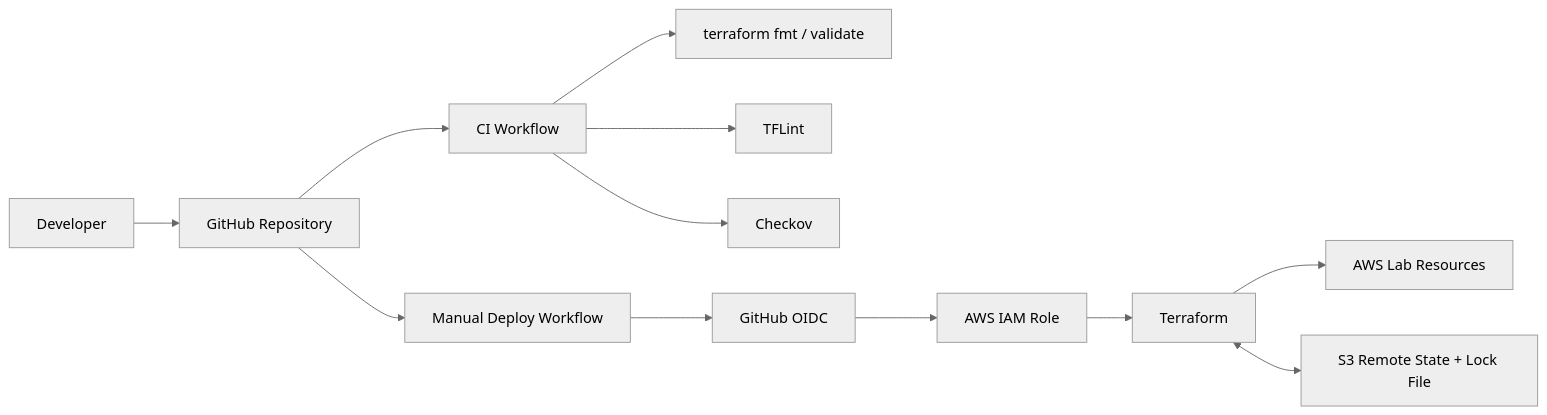
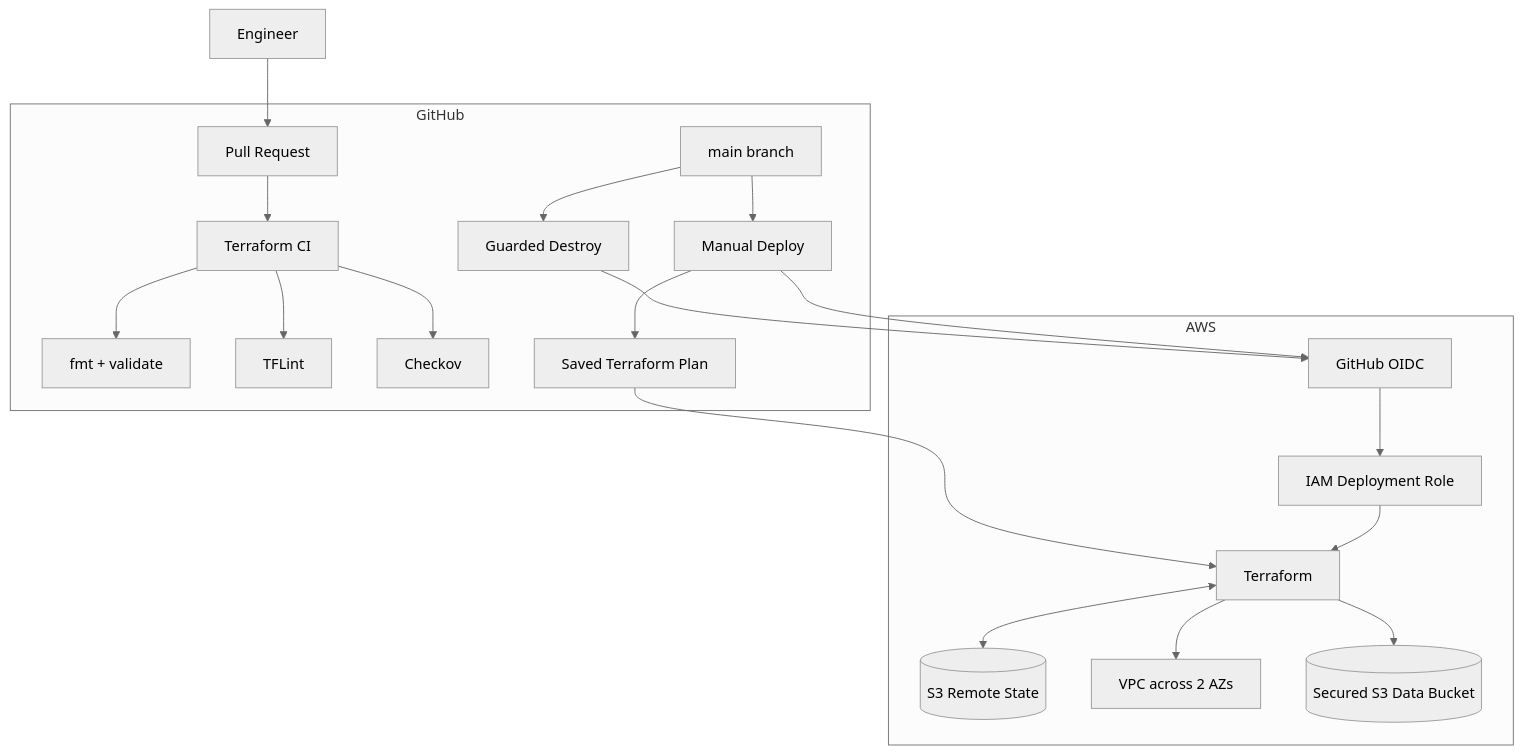
The diagram in README.md (reranda/terraform-aws-cicd-lab), drawn with Mermaid (neutral theme) before and after one commit. The commit also changed other lines of this file and 1 other file, not shown here.

Commit message:
Polish repository for public portfolio

````diff
--- a/README.md
+++ b/README.md
@@ -20,15 +29,28 @@
 ```mermaid
-flowchart LR
-    DEV[Developer] --> GH[GitHub Repository]
-    GH --> CI[CI Workflow]
-    CI --> FMT[terraform fmt / validate]
-    CI --> LINT[TFLint]
-    CI --> SEC[Checkov]
+flowchart TB
+    DEV[Engineer] --> PR[Pull Request]
 
-    GH --> DEPLOY[Manual Deploy Workflow]
+    subgraph GITHUB["GitHub"]
+        PR --> CI[Terraform CI]
+        CI --> FMT[fmt + validate]
+        CI --> LINT[TFLint]
+        CI --> SCAN[Checkov]
+
+        MAIN[main branch] --> DEPLOY[Manual Deploy]
+        MAIN --> DESTROY[Guarded Destroy]
+        DEPLOY --> PLAN[Saved Terraform Plan]
+    end
+
     DEPLOY --> OIDC[GitHub OIDC]
-    OIDC --> ROLE[AWS IAM Role]
-    ROLE --> TF[Terraform]
-    TF --> AWS[AWS Lab Resources]
-    TF <--> STATE[S3 Remote State + Lock File]
+    DESTROY --> OIDC
+
+    subgraph AWS["AWS"]
+        OIDC --> IAM[IAM Deployment Role]
+        IAM --> TF[Terraform]
+        TF <--> STATE[(S3 Remote State)]
+        TF --> VPC[VPC across 2 AZs]
+        TF --> DATA[(Secured S3 Data Bucket)]
+    end
+
+    PLAN --> TF
 ```
````
